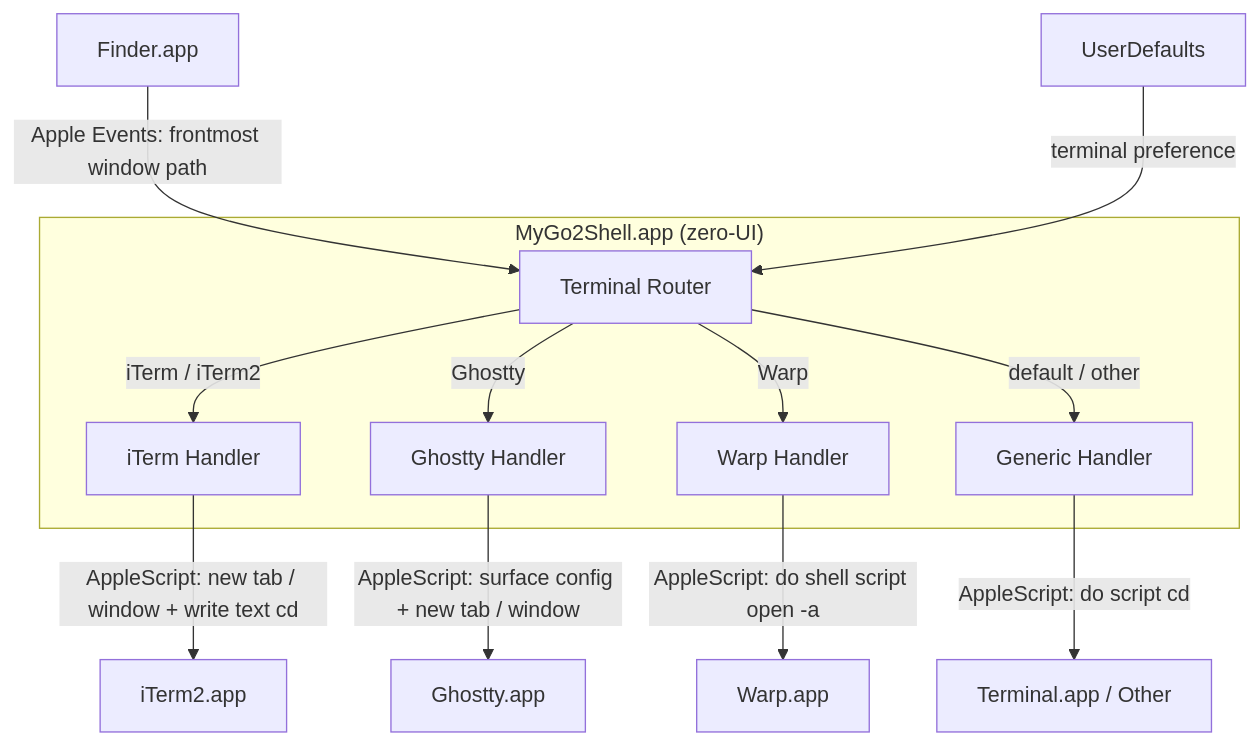
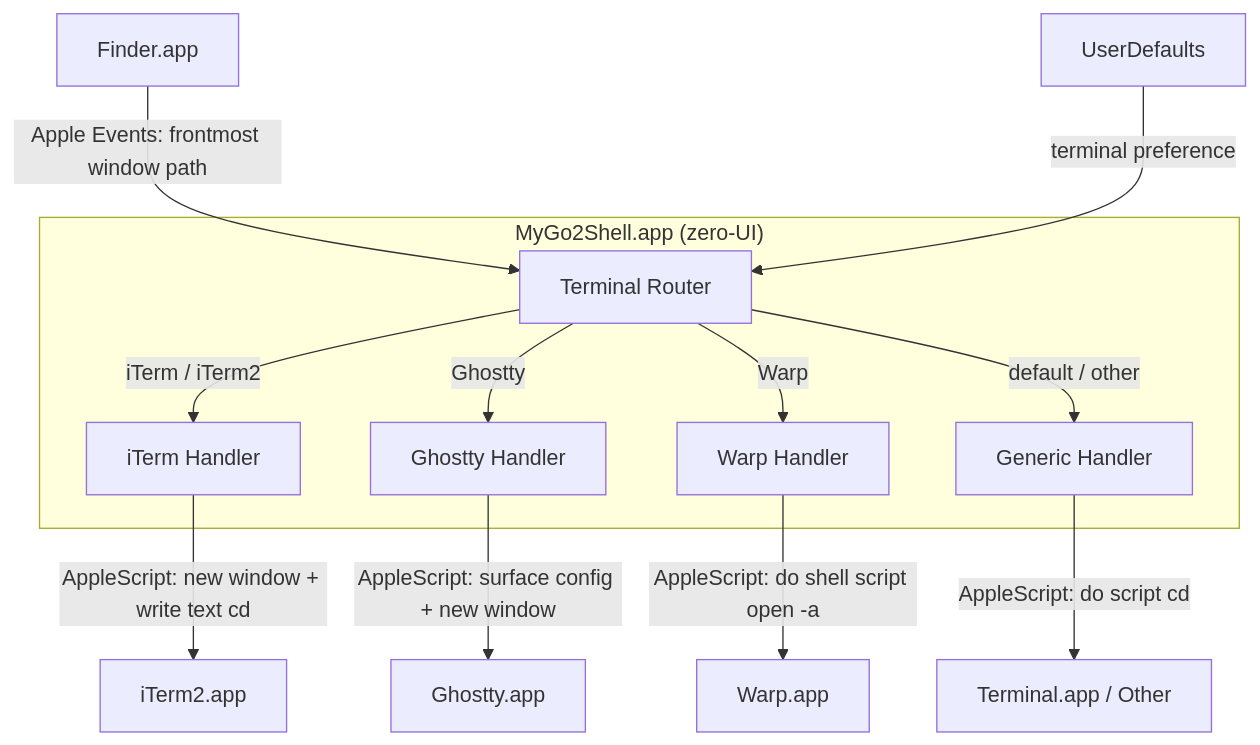
One commit to yuman07/MyGo2Shell changed the diagram in README.md. Above: the diagram before and after it, drawn with Mermaid. The commit also changed other lines of this file and 2 other files, not shown here.

Commit message:
Always open a new window for iTerm and Ghostty instead of a tab
Per user expectation: clicking MyGo2Shell while an iTerm/Ghostty
window is already open should spawn a fresh window, not append a
tab to the existing front window. Drops the count-of-windows tab
branching in both handlers and updates the README technical
overview / mermaid handler labels in English and Chinese to match.

````diff
--- a/README.md
+++ b/README.md
@@ -202,17 +202,17 @@
 ```mermaid
 graph TD
     Finder[Finder.app] -->|"Apple Events: frontmost window path"| Router
     UD[UserDefaults] -->|"terminal preference"| Router
 
     subgraph App["MyGo2Shell.app (zero-UI)"]
         Router[Terminal Router] -->|"iTerm / iTerm2"| IH[iTerm Handler]
         Router -->|"Ghostty"| GtH[Ghostty Handler]
         Router -->|"Warp"| WH[Warp Handler]
         Router -->|"default / other"| GH[Generic Handler]
     end
 
-    IH -->|"AppleScript: new tab / window + write text cd"| iTerm[iTerm2.app]
-    GtH -->|"AppleScript: surface config + new tab / window"| Ghostty[Ghostty.app]
+    IH -->|"AppleScript: new window + write text cd"| iTerm[iTerm2.app]
+    GtH -->|"AppleScript: surface config + new window"| Ghostty[Ghostty.app]
     WH -->|"AppleScript: do shell script open -a"| Warp[Warp.app]
     GH -->|"AppleScript: do script cd"| Term["Terminal.app / Other"]
 ```
````
